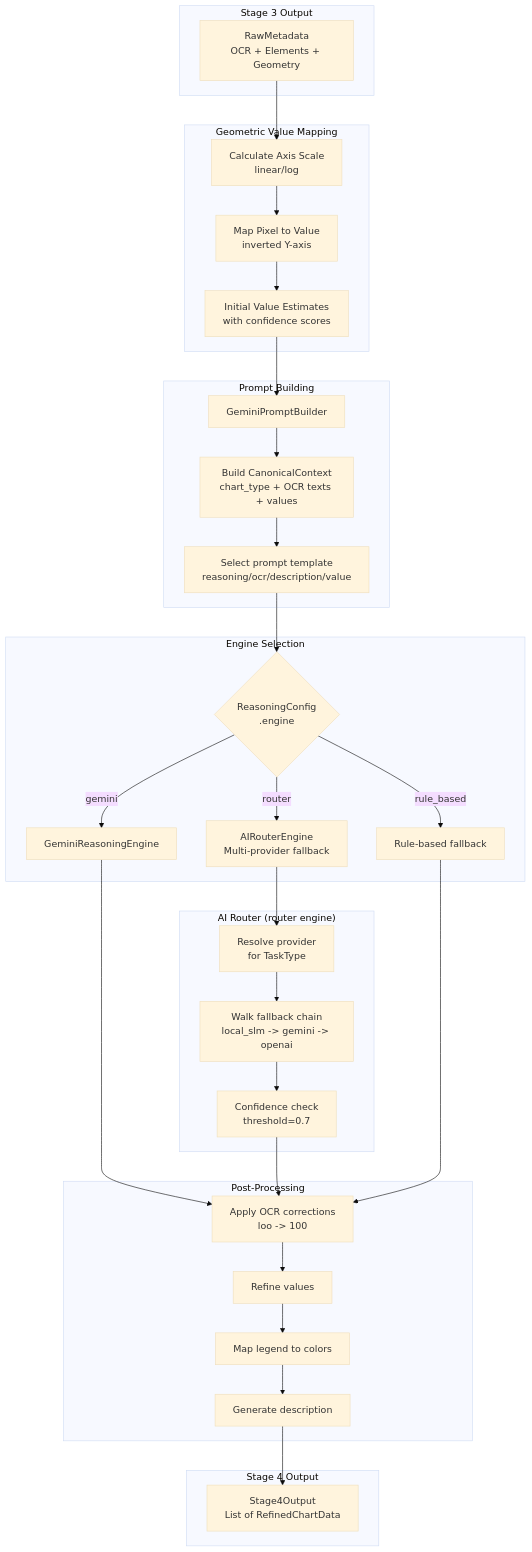
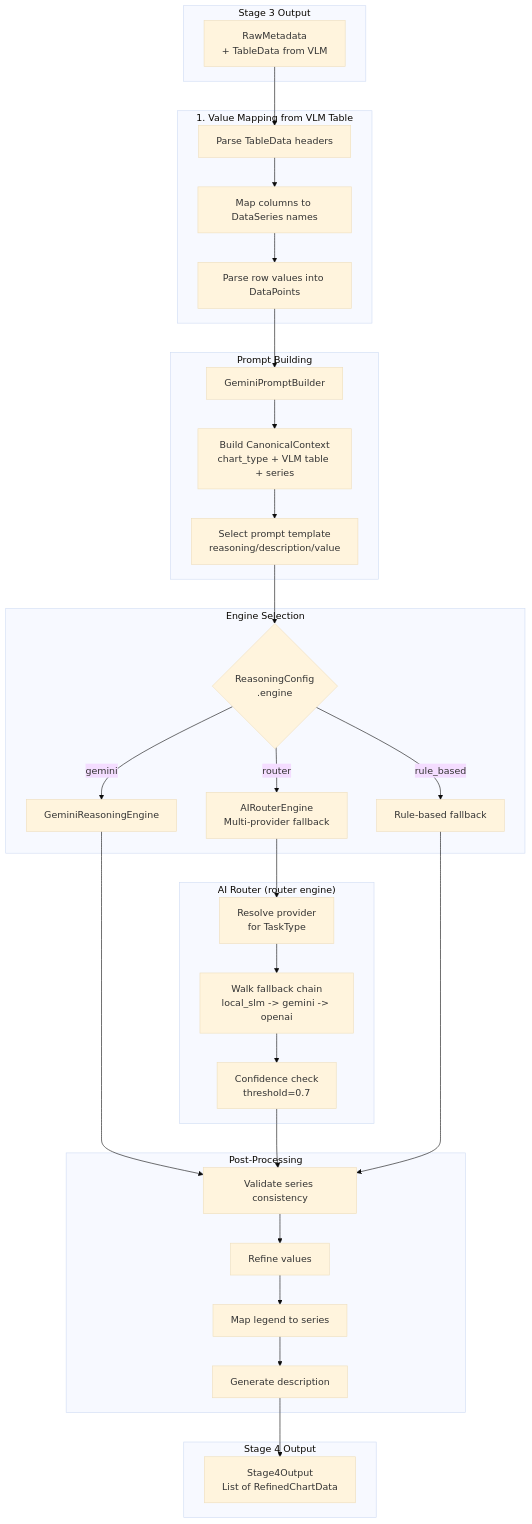
The sixth of 10 diagrams in docs/architecture/PIPELINE_FLOW.md (thatlq1812/chart_analysis_ai_v3), drawn with Mermaid (base theme) before and after one commit. The commit also changed other lines of this file and 50 other files, not shown here.

First line of the commit message:
feat: Add unified benchmark runner and chart extraction backends

````diff
--- a/docs/architecture/PIPELINE_FLOW.md
+++ b/docs/architecture/PIPELINE_FLOW.md
@@ -398,58 +366,58 @@
 ```mermaid
 flowchart TD
     subgraph Input["Stage 3 Output"]
-        A[RawMetadata\nOCR + Elements + Geometry]
+        A[RawMetadata\n+ TableData from VLM]
     end
 
-    subgraph GeometricMapping["Geometric Value Mapping"]
-        B1[Calculate Axis Scale\nlinear/log]
-        B2[Map Pixel to Value\ninverted Y-axis]
-        B3[Initial Value Estimates\nwith confidence scores]
+    subgraph ValueMapping["1. Value Mapping from VLM Table"]
+        B1[Parse TableData headers]
+        B2[Map columns to DataSeries names]
+        B3[Parse row values into DataPoints]
     end
 
     subgraph PromptConstruction["Prompt Building"]
         C1[GeminiPromptBuilder]
-        C2[Build CanonicalContext\nchart_type + OCR texts + values]
-        C3[Select prompt template\nreasoning/ocr/description/value]
+        C2[Build CanonicalContext\nchart_type + VLM table + series]
+        C3[Select prompt template\nreasoning/description/value]
     end
 
     subgraph EngineRouting["Engine Selection"]
         D0{ReasoningConfig\n.engine}
         D1[GeminiReasoningEngine]
         D2[AIRouterEngine\nMulti-provider fallback]
         D3[Rule-based fallback]
     end
 
     subgraph AIRouter["AI Router (router engine)"]
         E1[Resolve provider\nfor TaskType]
         E2[Walk fallback chain\nlocal_slm -> gemini -> openai]
         E3[Confidence check\nthreshold=0.7]
     end
 
     subgraph PostProcess["Post-Processing"]
-        F1[Apply OCR corrections\nloo -> 100]
+        F1[Validate series consistency]
         F2[Refine values]
-        F3[Map legend to colors]
+        F3[Map legend to series]
         F4[Generate description]
     end
 
     subgraph Output["Stage 4 Output"]
         G[Stage4Output\nList of RefinedChartData]
     end
 
     A --> B1 --> B2 --> B3
     B3 --> C1 --> C2 --> C3
 
     C3 --> D0
     D0 -->|"gemini"| D1
     D0 -->|"router"| D2
     D0 -->|"rule_based"| D3
 
     D2 --> E1 --> E2 --> E3
 
     D1 --> F1
     E3 --> F1
     D3 --> F1
 
     F1 --> F2 --> F3 --> F4 --> G
 ```
````
